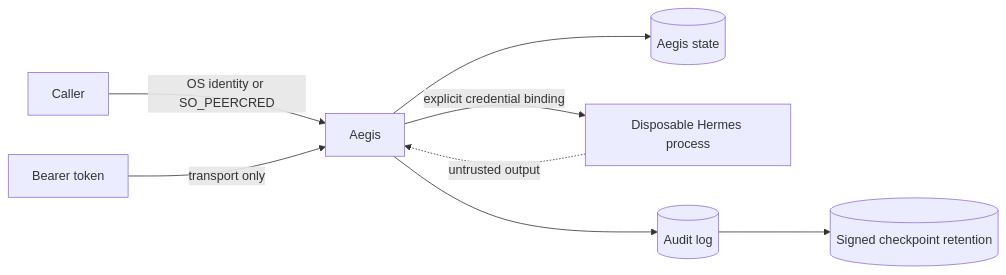
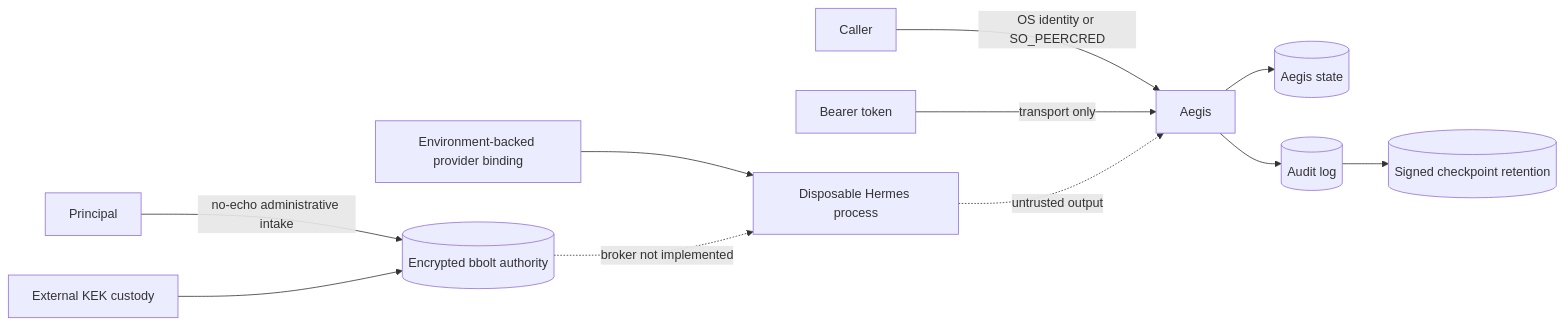
The diagram in docs/THREAT_MODEL.md (berryhill/aegis), drawn with Mermaid before and after one commit. The commit also changed other lines of this file and 31 other files, not shown here.

Commit message:
Package & add encryped credential authority infrastructure

````diff
--- a/docs/THREAT_MODEL.md
+++ b/docs/THREAT_MODEL.md
@@ -17,10 +17,13 @@
 ```mermaid
 flowchart LR
   Caller -->|OS identity or SO_PEERCRED| Aegis
   Token[Bearer token] -->|transport only| Aegis
   Aegis --> Store[(Aegis state)]
-  Aegis -->|explicit credential binding| Hermes[Disposable Hermes process]
+  Env[Environment-backed provider binding] --> Hermes[Disposable Hermes process]
+  Principal -->|no-echo administrative intake| Authority[(Encrypted bbolt authority)]
+  KEK[External KEK custody] --> Authority
+  Authority -. broker not implemented .-> Hermes
   Aegis --> Audit[(Audit log)]
   Audit --> Checkpoint[(Signed checkpoint retention)]
   Hermes -. untrusted output .-> Aegis
 ```
````
